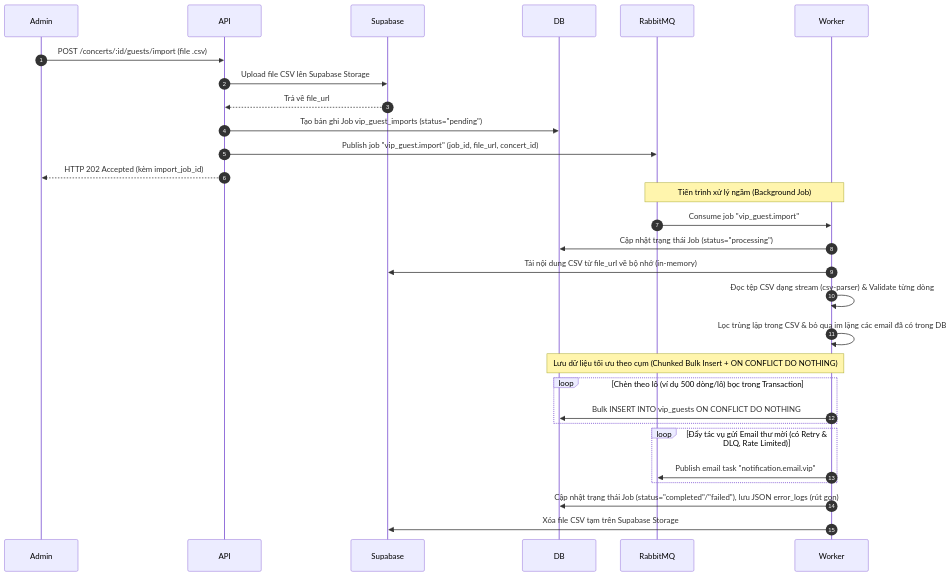
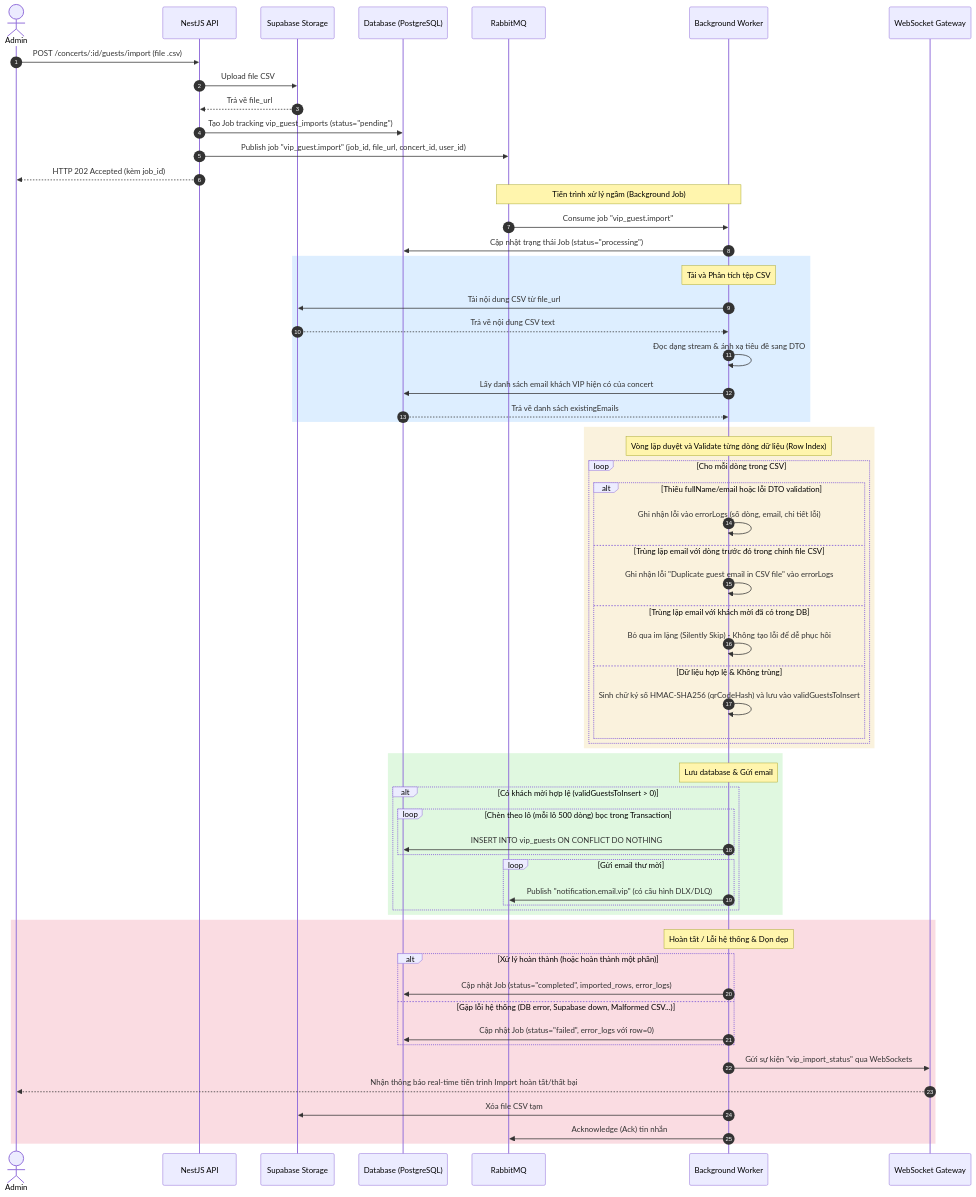
Before and after one commit to thuytranj/TicketBox: diagram 14 of 15 in docs/blueprint/design.md, drawn with Mermaid. The commit also changed other lines of this file and 2 other files, not shown here.

````diff
--- a/docs/blueprint/design.md
+++ b/docs/blueprint/design.md
@@ -1701,29 +1791,71 @@
 ```mermaid
 sequenceDiagram
     autonumber
+    actor Admin
+    participant API as NestJS API
+    participant Supabase as Supabase Storage
+    participant DB as Database (PostgreSQL)
+    participant RMQ as RabbitMQ
+    participant Worker as Background Worker
+    participant WS as WebSocket Gateway
+
     Admin->>API: POST /concerts/:id/guests/import (file .csv)
-    API->>Supabase: Upload file CSV lên Supabase Storage
+    API->>Supabase: Upload file CSV
     Supabase-->>API: Trả về file_url
-    API->>DB: Tạo bản ghi Job vip_guest_imports (status="pending")
-    API->>RabbitMQ: Publish job "vip_guest.import" (job_id, file_url, concert_id)
-    API-->>Admin: HTTP 202 Accepted (kèm import_job_id)
+    API->>DB: Tạo Job tracking vip_guest_imports (status="pending")
+    API->>RMQ: Publish job "vip_guest.import" (job_id, file_url, concert_id, user_id)
+    API-->>Admin: HTTP 202 Accepted (kèm job_id)
 
-    Note over RabbitMQ, Worker: Tiến trình xử lý ngầm (Background Job)
-    RabbitMQ->>Worker: Consume job "vip_guest.import"
+    Note over RMQ, Worker: Tiến trình xử lý ngầm (Background Job)
+    RMQ->>Worker: Consume job "vip_guest.import"
     Worker->>DB: Cập nhật trạng thái Job (status="processing")
-    Worker->>Supabase: Tải nội dung CSV từ file_url về bộ nhớ (in-memory)
-    Worker->>Worker: Đọc tệp CSV dạng stream (csv-parser) & Validate từng dòng
-    Worker->>Worker: Lọc trùng lặp trong CSV & bỏ qua im lặng các email đã có trong DB
 
-    Note over Worker, DB: Lưu dữ liệu tối ưu theo cụm (Chunked Bulk Insert + ON CONFLICT DO NOTHING)
-    loop Chèn theo lô (ví dụ 500 dòng/lô) bọc trong Transaction
-        Worker->>DB: Bulk INSERT INTO vip_guests ON CONFLICT DO NOTHING
+    rect rgba(30, 144, 255, 0.15)
+        Note over Worker: Tải và Phân tích tệp CSV
+        Worker->>Supabase: Tải nội dung CSV từ file_url
+        Supabase-->>Worker: Trả về nội dung CSV text
+        Worker->>Worker: Đọc dạng stream & ánh xạ tiêu đề sang DTO
+        Worker->>DB: Lấy danh sách email khách VIP hiện có của concert
+        DB-->>Worker: Trả về danh sách existingEmails
     end
 
-    loop Đẩy tác vụ gửi Email thư mời (có Retry & DLQ, Rate Limited)
-        Worker->>RabbitMQ: Publish email task "notification.email.vip"
+    rect rgba(218, 165, 32, 0.15)
+        Note over Worker: Vòng lặp duyệt và Validate từng dòng dữ liệu (Row Index)
+        loop Cho mỗi dòng trong CSV
+            alt Thiếu fullName/email hoặc lỗi DTO validation
+                Worker->>Worker: Ghi nhận lỗi vào errorLogs (số dòng, email, chi tiết lỗi)
+            else Trùng lặp email với dòng trước đó trong chính file CSV
+                Worker->>Worker: Ghi nhận lỗi "Duplicate guest email in CSV file" vào errorLogs
+            else Trùng lặp email với khách mời đã có trong DB
+                Worker->>Worker: Bỏ qua im lặng (Silently Skip) - Không tạo lỗi để dễ phục hồi
+            else Dữ liệu hợp lệ & Không trùng
+                Worker->>Worker: Sinh chữ ký số HMAC-SHA256 (qrCodeHash) và lưu vào validGuestsToInsert
+            end
+        end
     end
 
-    Worker->>DB: Cập nhật trạng thái Job (status="completed"/"failed"), lưu JSON error_logs (rút gọn)
-    Worker->>Supabase: Xóa file CSV tạm trên Supabase Storage
+    rect rgba(50, 205, 50, 0.15)
+        Note over Worker: Lưu database & Gửi email
+        alt Có khách mời hợp lệ (validGuestsToInsert > 0)
+            loop Chèn theo lô (mỗi lô 500 dòng) bọc trong Transaction
+                Worker->>DB: INSERT INTO vip_guests ON CONFLICT DO NOTHING
+            end
+            loop Gửi email thư mời
+                Worker->>RMQ: Publish "notification.email.vip" (có cấu hình DLX/DLQ)
+            end
+        end
+    end
+
+    rect rgba(220, 20, 60, 0.15)
+        Note over Worker: Hoàn tất / Lỗi hệ thống & Dọn dẹp
+        alt Xử lý hoàn thành (hoặc hoàn thành một phần)
+            Worker->>DB: Cập nhật Job (status="completed", imported_rows, error_logs)
+        else Gặp lỗi hệ thống (DB error, Supabase down, Malformed CSV...)
+            Worker->>DB: Cập nhật Job (status="failed", error_logs với row=0)
+        end
+        Worker->>WS: Gửi sự kiện "vip_import_status" qua WebSockets
+        WS-->>Admin: Nhận thông báo real-time tiến trình Import hoàn tất/thất bại
+        Worker->>Supabase: Xóa file CSV tạm
+        Worker->>RMQ: Acknowledge (Ack) tin nhắn
+    end
 ```
````
